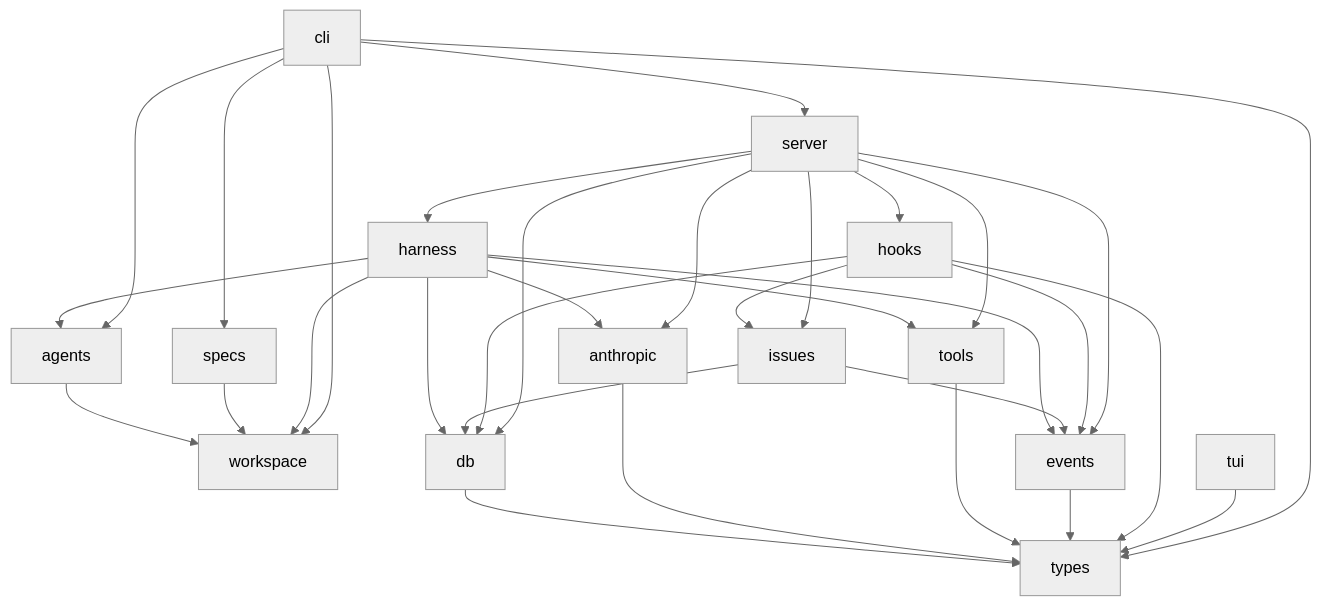
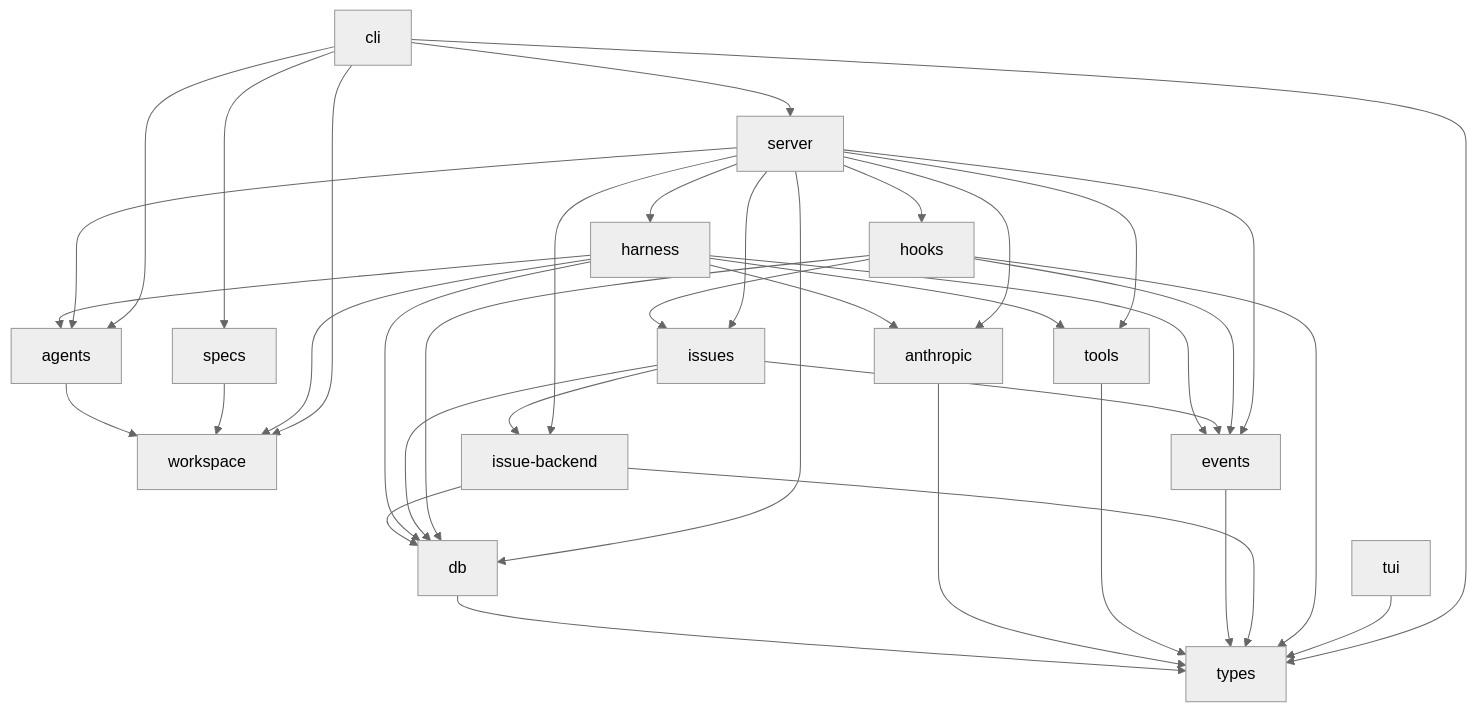
One commit to drufball/ns2 changed the diagram in specs/architecture.spec.md. Above: the diagram before and after it, drawn with Mermaid (neutral theme). The commit also changed other lines of this file and 6 other files, not shown here.

First line of the commit message:
fix: move IssueBackendConfig to server, fix clippy warnings, update arch spec (GH#147)

````diff
--- a/specs/architecture.spec.md
+++ b/specs/architecture.spec.md
@@ -22,24 +22,26 @@
 ```mermaid
 graph TD
     types
     workspace
 
     db --> types
     anthropic --> types
     tools --> types
     agents --> workspace
     specs --> workspace
 
     events --> types
 
+    issue-backend --> db & types
+
     harness --> db & anthropic & tools & agents & workspace & events
 
-    issues --> db & events
+    issues --> issue-backend & db & events
 
     hooks --> events & db & issues & types
 
-    server --> issues & db & anthropic & tools & harness & events & hooks
+    server --> issues & issue-backend & db & anthropic & tools & harness & events & hooks & agents
 
     tui --> types
     cli --> agents & specs & workspace & server & types
 ```
````
